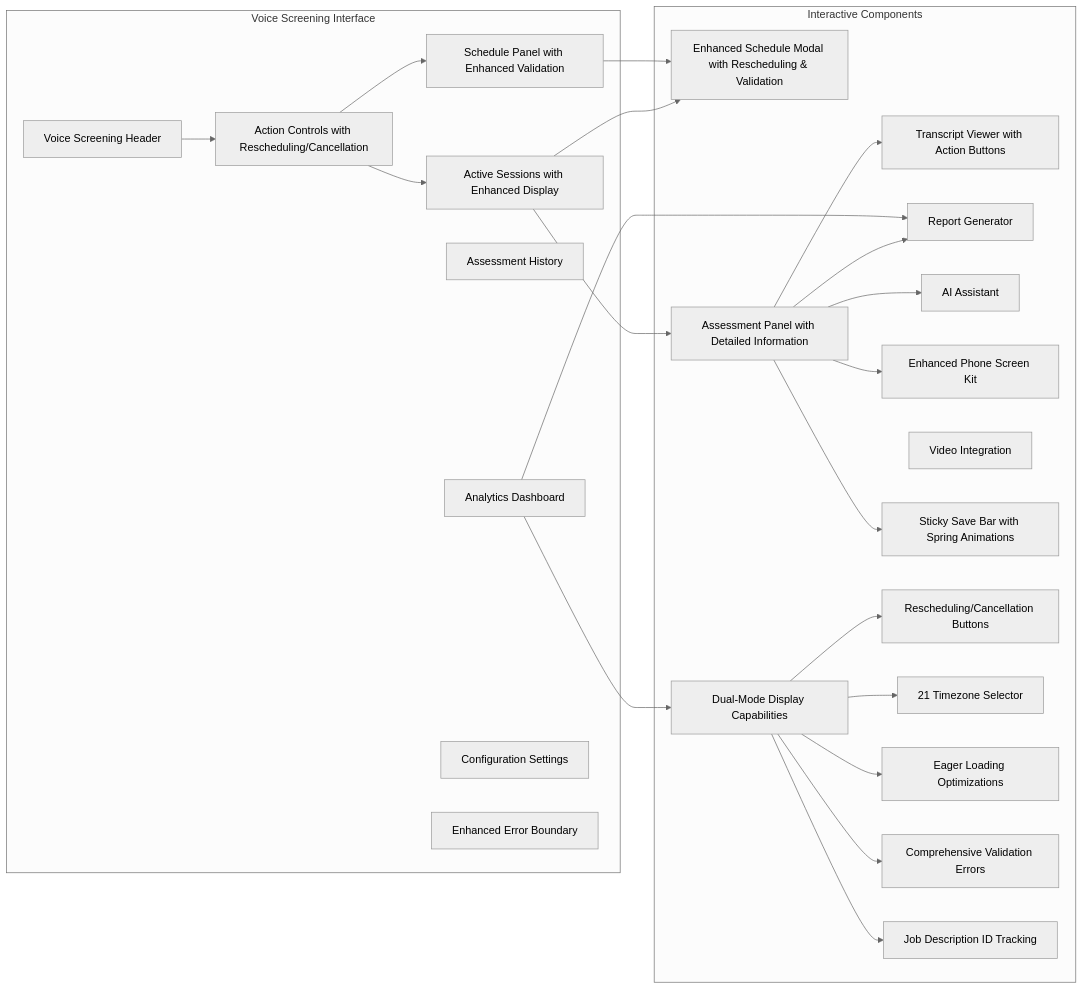
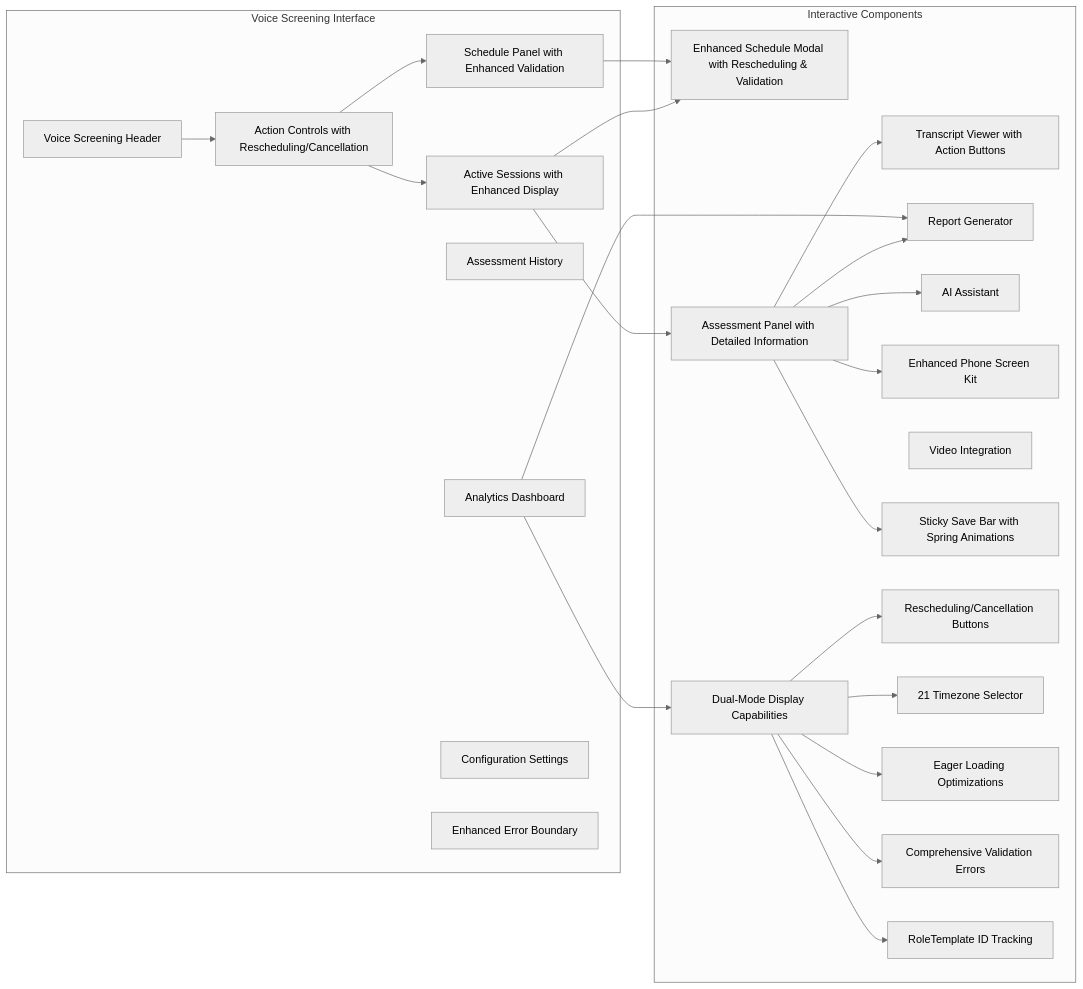
Before and after one commit to Revanththetalogics/aireume: the fifth of 9 diagrams in .qoder/repowiki/en/content/API Reference/Voice Screening System.md, drawn with Mermaid (neutral theme). The commit also changed other lines of this file and 9 other files, not shown here.

````diff
--- a/.qoder/repowiki/en/content/API Reference/Voice Screening System.md
+++ b/.qoder/repowiki/en/content/API Reference/Voice Screening System.md
@@ -461,47 +460,47 @@
 ```mermaid
 graph LR
 subgraph "Voice Screening Interface"
 Header[Voice Screening Header]
 Controls[Action Controls with Rescheduling/Cancellation]
 Schedule[Schedule Panel with Enhanced Validation]
 Active[Active Sessions with Enhanced Display]
 History[Assessment History]
 Analytics[Analytics Dashboard]
 Settings[Configuration Settings]
 ErrorBoundary[Enhanced Error Boundary]
 end
 subgraph "Interactive Components"
 Modal[Enhanced Schedule Modal with Rescheduling & Validation]
 Panel[Assessment Panel with Detailed Information]
 Viewer[Transcript Viewer with Action Buttons]
 Reports[Report Generator]
 Assistant[AI Assistant]
 PhoneScreenKit[Enhanced Phone Screen Kit]
 Video[Video Integration]
 StickySaveBar[Sticky Save Bar with Spring Animations]
 DualModeDisplay[Dual-Mode Display Capabilities]
 ReschedulingButtons[Rescheduling/Cancellation Buttons]
 TimezoneSelector[21 Timezone Selector]
 EagerLoading[Eager Loading Optimizations]
 ValidationError[Comprehensive Validation Errors]
-JDTracking[Job Description ID Tracking]
+JDTracking[RoleTemplate ID Tracking]
 end
 Header --> Controls
 Controls --> Schedule
 Controls --> Active
 Active --> Modal
 Active --> Panel
 Panel --> Viewer
 Panel --> Reports
 Panel --> Assistant
 Panel --> PhoneScreenKit
 Panel --> StickySaveBar
 Schedule --> Modal
 Analytics --> Reports
 Analytics --> DualModeDisplay
 DualModeDisplay --> ReschedulingButtons
 DualModeDisplay --> TimezoneSelector
 DualModeDisplay --> EagerLoading
 DualModeDisplay --> ValidationError
 DualModeDisplay --> JDTracking
 ```
````
